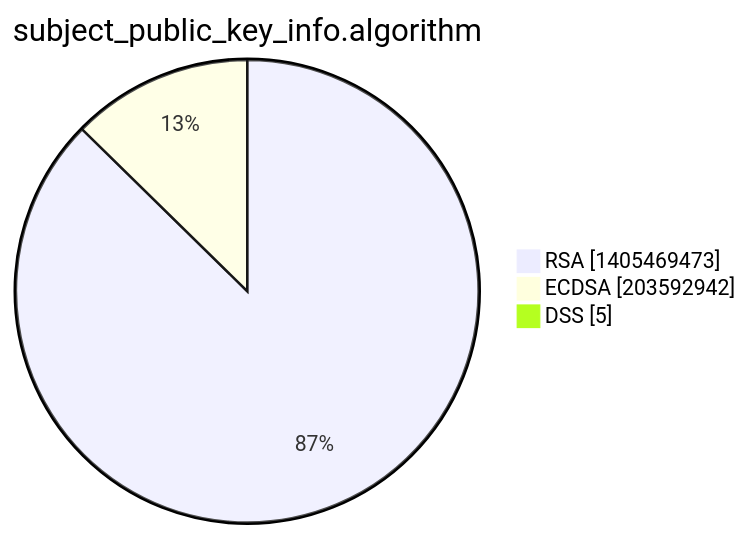
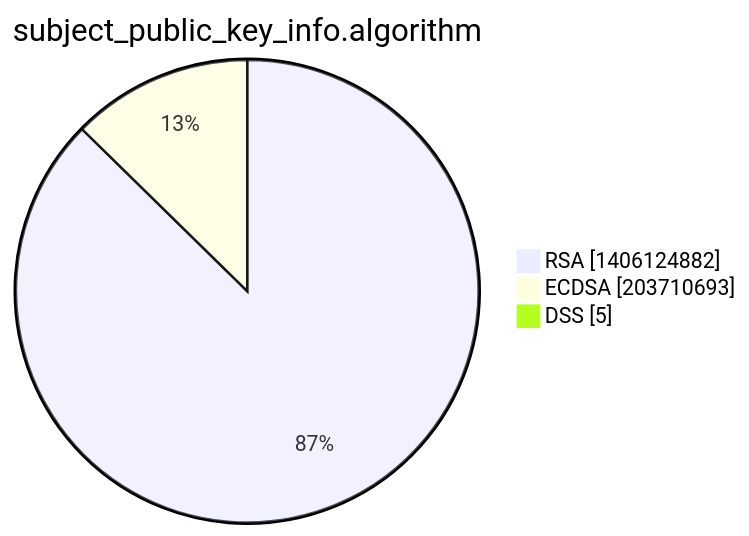
The third of 15 diagrams in xenon2022/README.md (christiankrug/ctmonitor_visualization), drawn with Mermaid before and after one commit. The commit also changed other lines of this file, not shown here.

````diff
--- a/xenon2022/README.md
+++ b/xenon2022/README.md
@@ -14,7 +14,7 @@
 ```mermaid
 pie showData
 title subject_public_key_info.algorithm
-"RSA" :1405469473
-"ECDSA" :203592942
+"RSA" :1406124882
+"ECDSA" :203710693
 "DSS" :5
 ```
````
